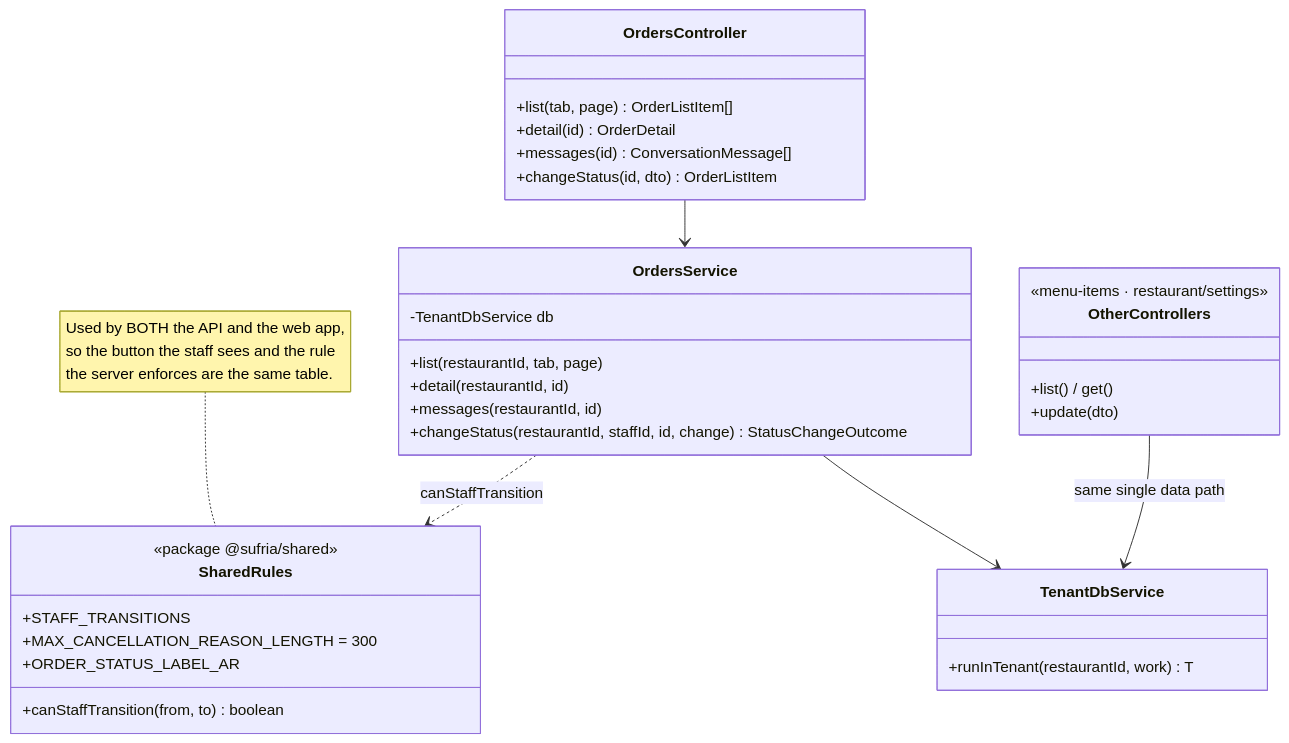
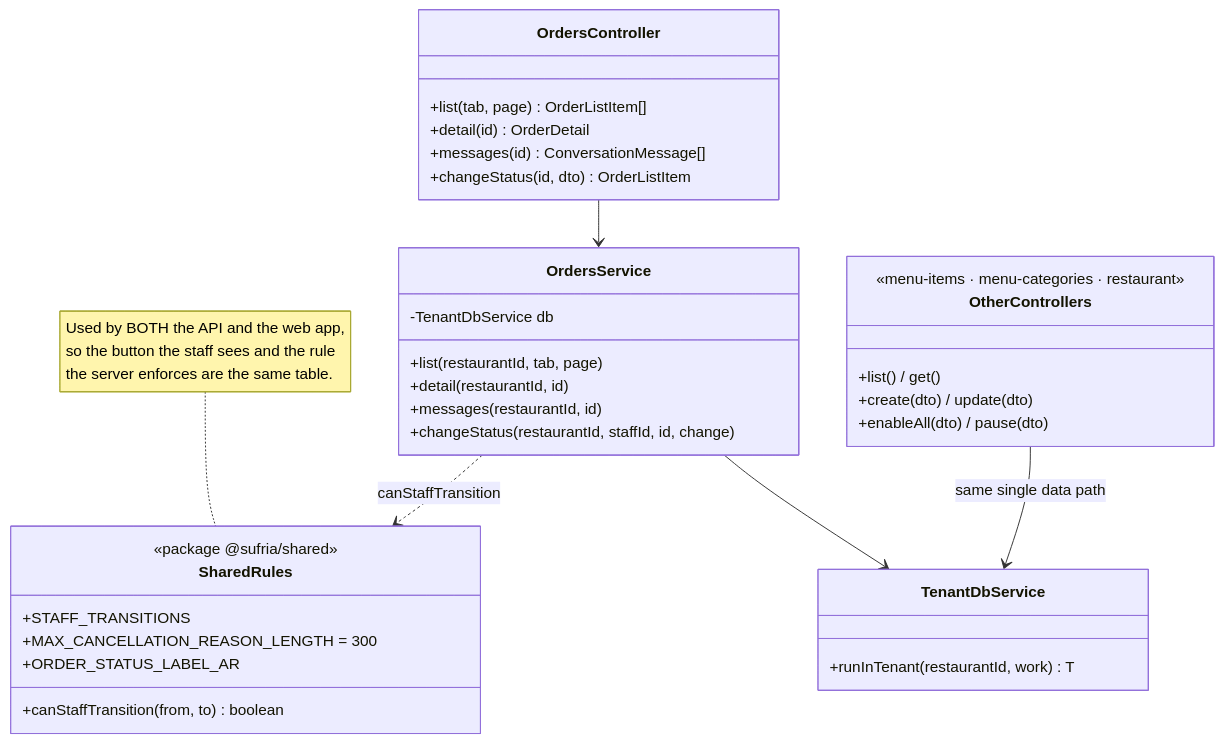
Before and after one commit to mozz-labs/sufria: the diagram in docs/diagrams/06b-class-orders.mmd, drawn with Mermaid. The commit also changed 9 other files, not shown here.

First line of the commit message:
docs(wip): Chapter 3 v1.2 — build script, stories and four diagrams as built

```diff
--- a/docs/diagrams/06b-class-orders.mmd
+++ b/docs/diagrams/06b-class-orders.mmd
@@ -1,37 +1,38 @@
 classDiagram
     direction TB
     note for SharedRules "Used by BOTH the API and the web app,<br/>so the button the staff sees and the rule<br/>the server enforces are the same table."
 
     class OrdersController {
         +list(tab, page) OrderListItem[]
         +detail(id) OrderDetail
         +messages(id) ConversationMessage[]
         +changeStatus(id, dto) OrderListItem
     }
     class OrdersService {
         -TenantDbService db
         +list(restaurantId, tab, page)
         +detail(restaurantId, id)
         +messages(restaurantId, id)
-        +changeStatus(restaurantId, staffId, id, change) StatusChangeOutcome
+        +changeStatus(restaurantId, staffId, id, change)
     }
     class SharedRules {
         <<package @sufria/shared>>
         +STAFF_TRANSITIONS
         +canStaffTransition(from, to) boolean
         +MAX_CANCELLATION_REASON_LENGTH = 300
         +ORDER_STATUS_LABEL_AR
     }
     class TenantDbService {
         +runInTenant(restaurantId, work) T
     }
     class OtherControllers {
-        <<menu-items · restaurant/settings>>
+        <<menu-items · menu-categories · restaurant>>
         +list() / get()
-        +update(dto)
+        +create(dto) / update(dto)
+        +enableAll(dto) / pause(dto)
     }
 
     OrdersController --> OrdersService
     OrdersService ..> SharedRules : canStaffTransition
     OrdersService --> TenantDbService
     OtherControllers --> TenantDbService : same single data path
```
